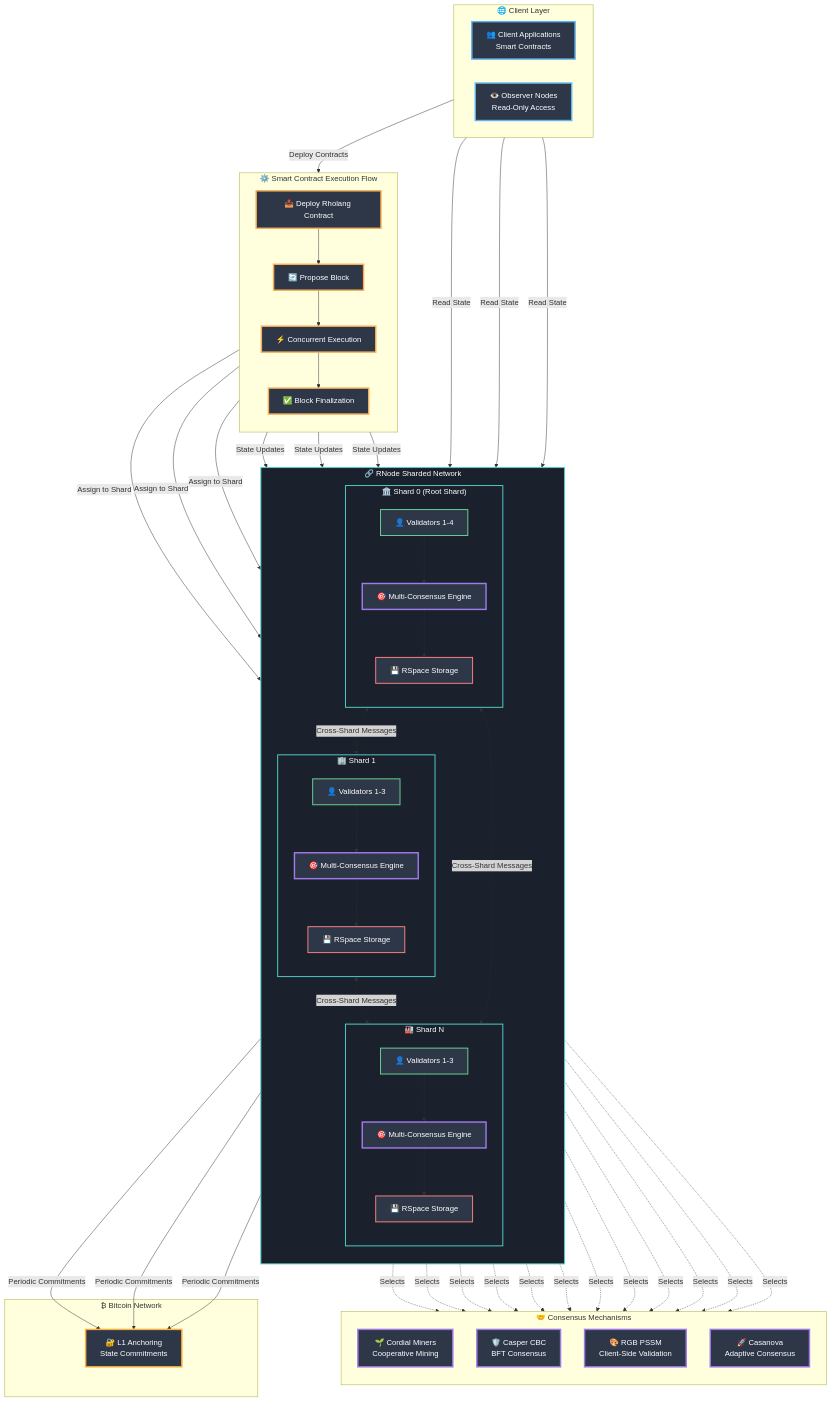
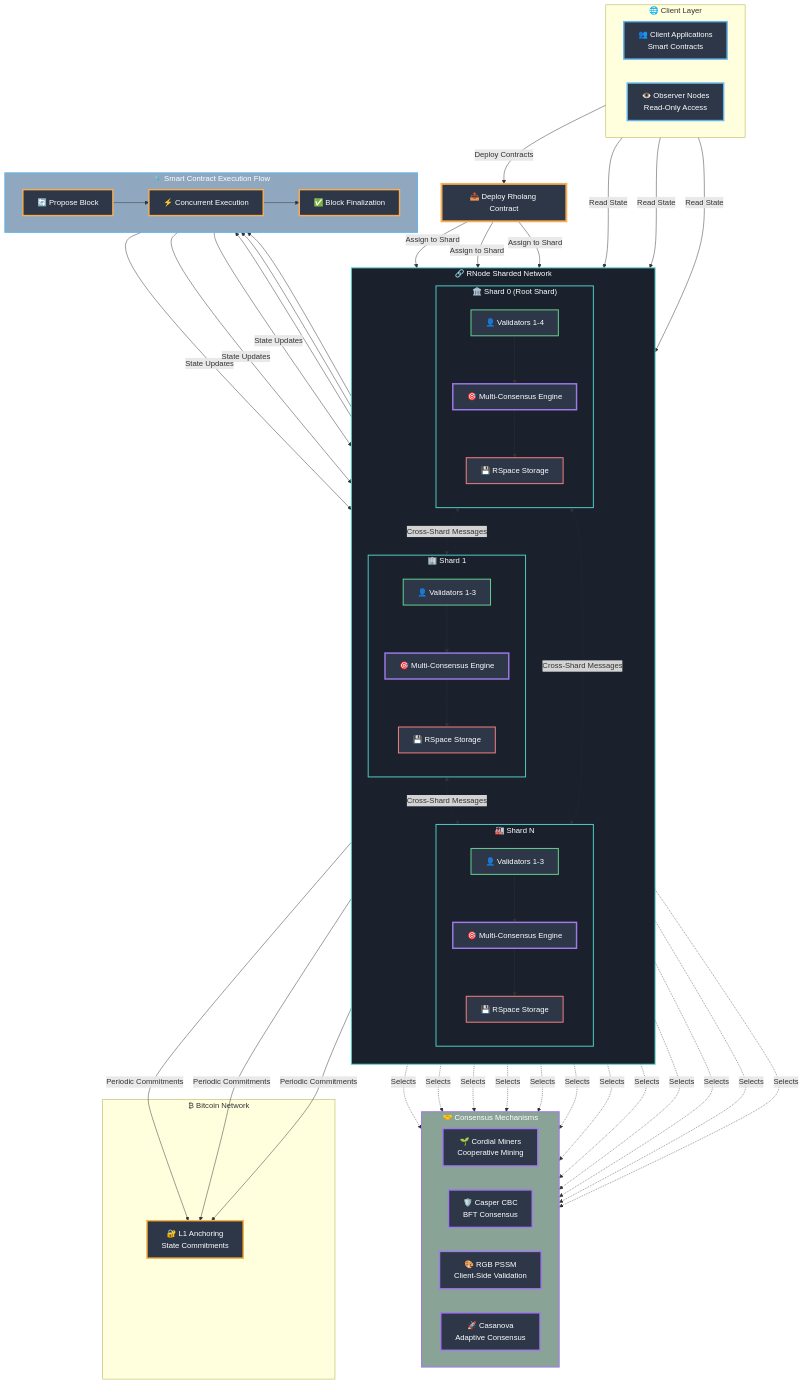
The diagram in docs/README.md (F1R3FLY-io/f1r3fly), drawn with Mermaid before and after one commit.

Commit message:
changing colors, reorganizing

````diff
--- a/docs/README.md
+++ b/docs/README.md
@@ -17,27 +17,8 @@
         Observers[👁️ Observer Nodes<br/>Read-Only Access]
     end
     
-    %% Smart Contract Execution Flow
-    subgraph Execution["⚙️ Smart Contract Execution Flow"]
-        direction TB
-        Deploy[📤 Deploy Rholang Contract]
-        Propose[🔄 Propose Block]
-        Execute[⚡ Concurrent Execution]
-        Finalize[✅ Block Finalization]
-        
-        Deploy --> Propose
-        Propose --> Execute
-        Execute --> Finalize
-    end
-    
-    %% Consensus Mechanisms
-    subgraph ConsensusTypes["🤝 Consensus Mechanisms"]
-        direction TB
-        CM[🌱 Cordial Miners<br/>Cooperative Mining]
-        CBC[🛡️ Casper CBC<br/>BFT Consensus]
-        RGB[🎨 RGB PSSM<br/>Client-Side Validation]
-        CS[🚀 Casanova<br/>Adaptive Consensus]
-    end
+    %% Contract Deployment Entry Point
+    Deploy[📤 Deploy Rholang Contract]
     
     %% Shard Architecture
     subgraph Network["🔗 RNode Sharded Network"]
@@ -74,6 +55,26 @@
         end
     end
     
+    %% Consensus Mechanisms
+    subgraph ConsensusTypes["🤝 Consensus Mechanisms"]
+        direction LR
+        CM[🌱 Cordial Miners<br/>Cooperative Mining]
+        CBC[🛡️ Casper CBC<br/>BFT Consensus]
+        RGB[🎨 RGB PSSM<br/>Client-Side Validation]
+        CS[🚀 Casanova<br/>Adaptive Consensus]
+    end
+    
+    %% Smart Contract Execution Flow
+    subgraph Execution["⚙️ Smart Contract Execution Flow"]
+        direction LR
+        Propose[🔄 Propose Block]
+        Execute[⚡ Concurrent Execution]
+        Finalize[✅ Block Finalization]
+        
+        Propose --> Execute
+        Execute --> Finalize
+    end
+    
     %% Bitcoin Layer
     subgraph Bitcoin["₿ Bitcoin Network"]
         BTC[🔐 L1 Anchoring<br/>State Commitments]
@@ -85,10 +86,15 @@
     Observers -->|Read State| S1_RSpace
     Observers -->|Read State| SN_RSpace
     
-    %% Contract Assignment
+    %% Contract Assignment - Deploy routes to shards
     Deploy -->|Assign to Shard| S0_Consensus
     Deploy -->|Assign to Shard| S1_Consensus
     Deploy -->|Assign to Shard| SN_Consensus
+    
+    %% Execution Flow - triggered by consensus engines
+    S0_Consensus --> Propose
+    S1_Consensus --> Propose
+    SN_Consensus --> Propose
     
     %% Consensus Selection (each shard can choose)
     S0_Consensus -.->|Selects| CM
@@ -123,6 +129,7 @@
     
     %% Dark theme optimized styling
     classDef client fill:#2d3748,stroke:#63b3ed,stroke-width:3px,color:#ffffff
+    classDef deploy fill:#2d3748,stroke:#f6ad55,stroke-width:4px,color:#ffffff
     classDef execution fill:#2d3748,stroke:#f6ad55,stroke-width:3px,color:#ffffff
     classDef consensus fill:#2d3748,stroke:#9f7aea,stroke-width:3px,color:#ffffff
     classDef shard fill:#1a202c,stroke:#4fd1c7,stroke-width:3px,color:#ffffff
@@ -130,13 +137,18 @@
     classDef storage fill:#2d3748,stroke:#fc8181,stroke-width:2px,color:#ffffff
     classDef bitcoin fill:#2d3748,stroke:#fbb040,stroke-width:3px,color:#ffffff
     classDef network fill:#1a202c,stroke:#4fd1c7,stroke-width:2px,color:#ffffff
+    classDef consensusBox fill:#22543d88,stroke:#9f7aea,stroke-width:2px,color:#ffffff
+    classDef executionBox fill:#2d5a8788,stroke:#63b3ed,stroke-width:2px,color:#ffffff
     
     class Clients,Observers client
-    class Deploy,Propose,Execute,Finalize execution
+    class Deploy deploy
+    class Propose,Execute,Finalize execution
     class CM,CBC,RGB,CS consensus
     class S0_Consensus,S1_Consensus,SN_Consensus consensus
     class S0_Validators,S1_Validators,SN_Validators validator
     class S0_RSpace,S1_RSpace,SN_RSpace storage
     class BTC bitcoin
     class Shard0,Shard1,ShardN,Network network
+    class ConsensusTypes consensusBox
+    class Execution executionBox
 ```
````
